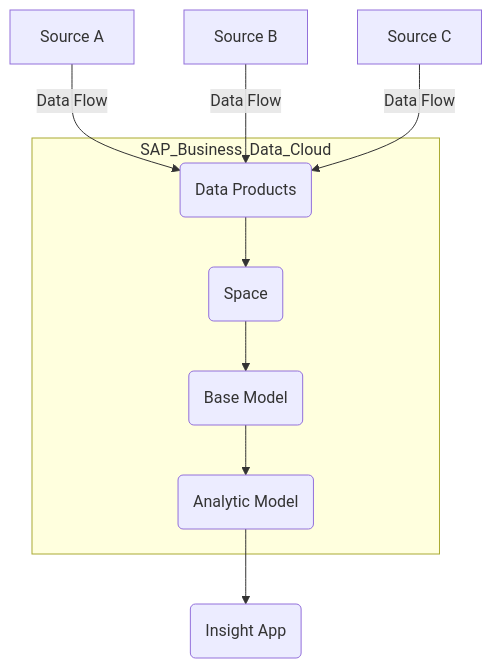
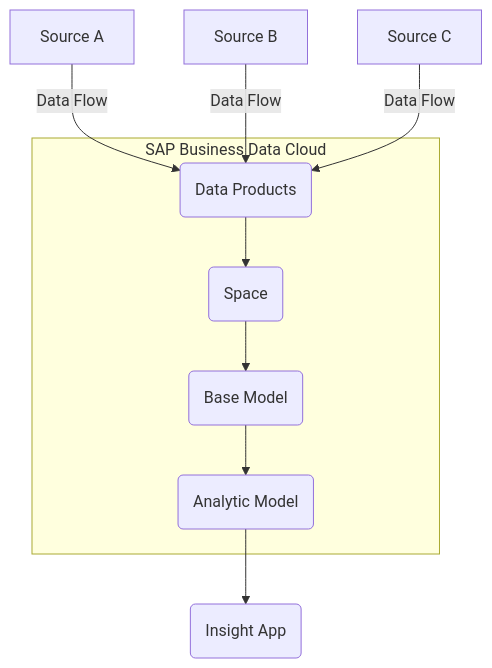
One commit to SAP/architecture-center changed the sixth of 7 diagrams in community/Guidelines/diagrams.md. Above: the diagram before and after it, drawn with Mermaid. The commit also changed other lines of this file, not shown here.

````diff
--- a/community/Guidelines/diagrams.md
+++ b/community/Guidelines/diagrams.md
@@ -183,12 +187,12 @@
         ```mermaid
         graph TD
         A[Source A] -->|Data Flow| B
         C[Source B] -->|Data Flow| B
         D[Source C] -->|Data Flow| B
-        subgraph SAP_Business_Data_Cloud
+        subgraph SAP_Business_Data_Cloud[SAP Business Data Cloud]
             B(Data Products) --> E(Space)
             E --> F(Base Model)
             F --> G(Analytic Model)
         end
         G --> H(Insight App)
         ```
````
